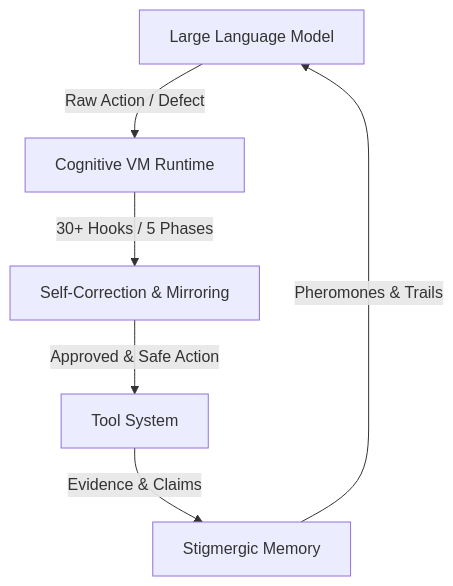
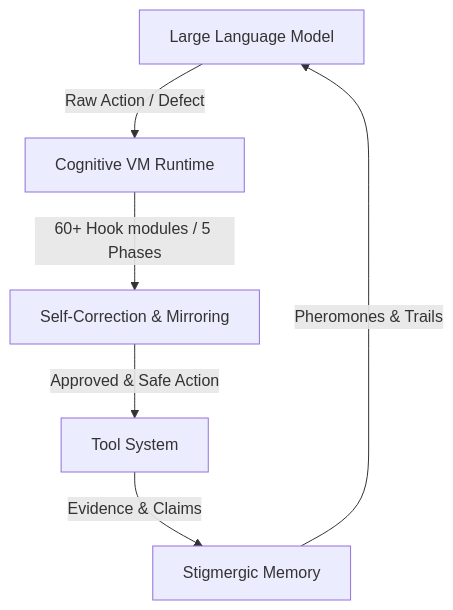
The diagram in README.en.md (huiliyi37/Tianshu-Tui), drawn with Mermaid before and after one commit. The commit also changed other lines of this file and 10 other files, not shown here.

````diff
--- a/README.en.md
+++ b/README.en.md
@@ -182,8 +182,8 @@
 ```mermaid
 graph TD
     LLM[Large Language Model] -->|Raw Action / Defect| CVM[Cognitive VM Runtime]
-    CVM -->|30+ Hooks / 5 Phases| Engine[Self-Correction & Mirroring]
+    CVM -->|60+ Hook modules / 5 Phases| Engine[Self-Correction & Mirroring]
     Engine -->|Approved & Safe Action| Tools[Tool System]
     Tools -->|Evidence & Claims| Stigmergy[Stigmergic Memory]
     Stigmergy -->|Pheromones & Trails| LLM
 ```
````
